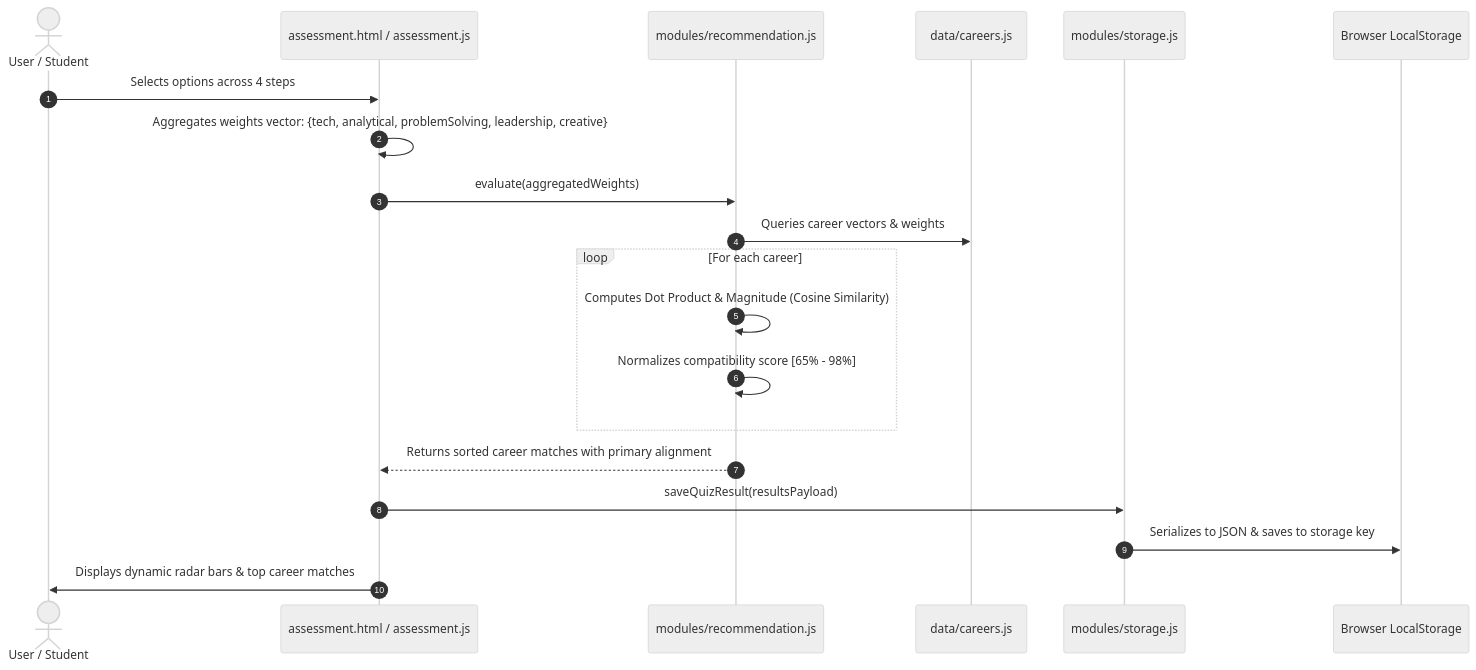
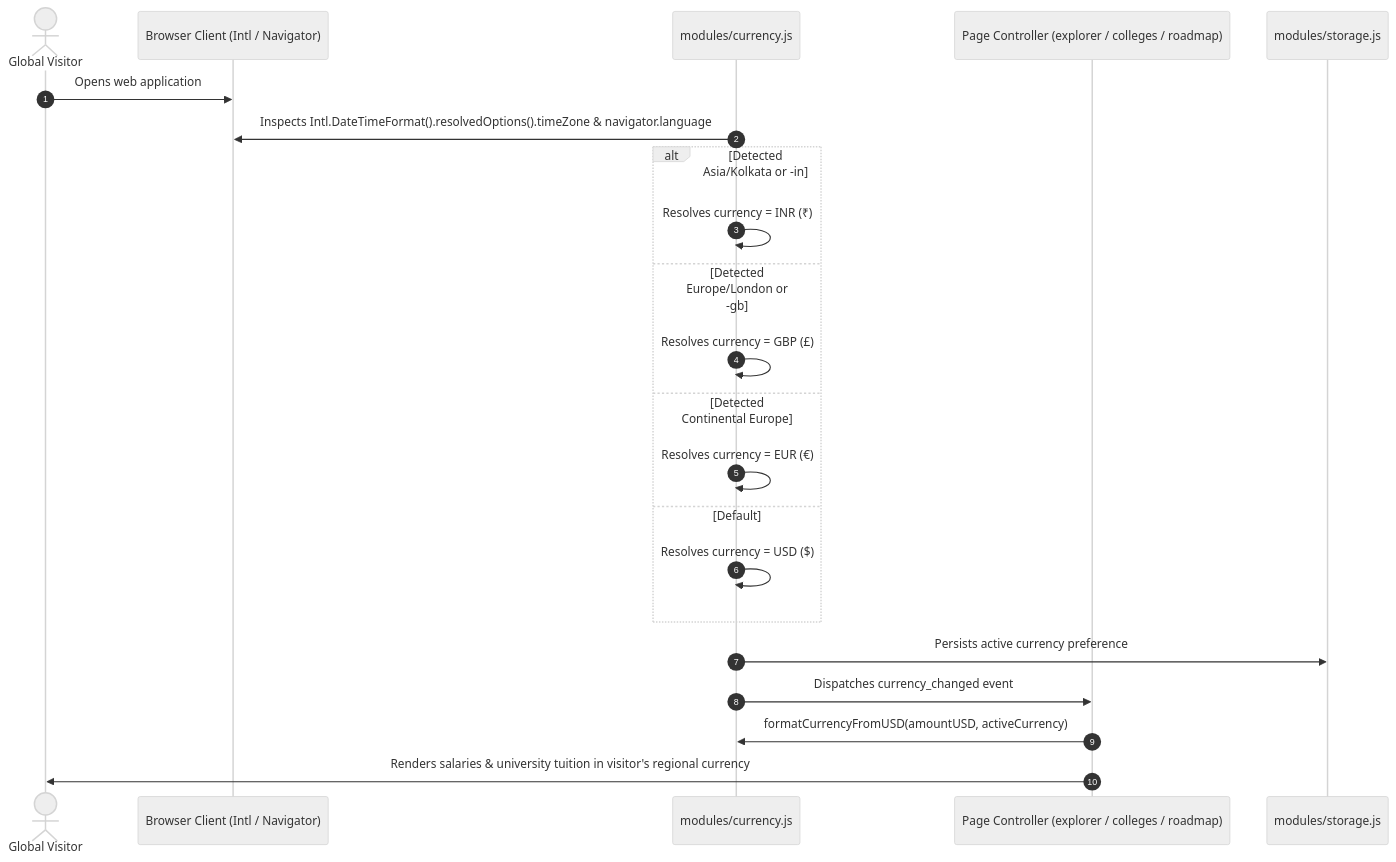
One commit to vasishtaaa/Career_Guidance_Platform changed the second of 2 diagrams in docs/architecture.md. Above: the diagram before and after it, drawn with Mermaid (neutral theme). The commit also changed other lines of this file and 17 other files, not shown here.

Commit message:
feat: executive UI redesign, global college directory, and regional currency localization

````diff
--- a/docs/architecture.md
+++ b/docs/architecture.md
@@ -72,23 +75,25 @@
 ```mermaid
 sequenceDiagram
     autonumber
-    actor Student as User / Student
-    participant Quiz as assessment.html / assessment.js
-    participant Engine as modules/recommendation.js
-    participant Data as data/careers.js
+    actor Visitor as Global Visitor
+    participant Browser as Browser Client (Intl / Navigator)
+    participant CurrencyEngine as modules/currency.js
+    participant UI as Page Controller (explorer / colleges / roadmap)
     participant Store as modules/storage.js
-    participant Storage as Browser LocalStorage
 
-    Student->>Quiz: Selects options across 4 steps
-    Quiz->>Quiz: Aggregates weights vector: {tech, analytical, problemSolving, leadership, creative}
-    Quiz->>Engine: evaluate(aggregatedWeights)
-    Engine->>Data: Queries career vectors & weights
-    loop For each career
-        Engine->>Engine: Computes Dot Product & Magnitude (Cosine Similarity)
-        Engine->>Engine: Normalizes compatibility score [65% - 98%]
+    Visitor->>Browser: Opens web application
+    CurrencyEngine->>Browser: Inspects Intl.DateTimeFormat().resolvedOptions().timeZone & navigator.language
+    alt Detected Asia/Kolkata or -in
+        CurrencyEngine->>CurrencyEngine: Resolves currency = INR (₹)
+    else Detected Europe/London or -gb
+        CurrencyEngine->>CurrencyEngine: Resolves currency = GBP (£)
+    else Detected Continental Europe
+        CurrencyEngine->>CurrencyEngine: Resolves currency = EUR (€)
+    else Default
+        CurrencyEngine->>CurrencyEngine: Resolves currency = USD ($)
     end
-    Engine-->>Quiz: Returns sorted career matches with primary alignment
-    Quiz->>Store: saveQuizResult(resultsPayload)
-    Store->>Storage: Serializes to JSON & saves to storage key
-    Quiz->>Student: Displays dynamic radar bars & top career matches
+    CurrencyEngine->>Store: Persists active currency preference
+    CurrencyEngine->>UI: Dispatches currency_changed event
+    UI->>CurrencyEngine: formatCurrencyFromUSD(amountUSD, activeCurrency)
+    UI->>Visitor: Renders salaries & university tuition in visitor's regional currency
 ```
````
